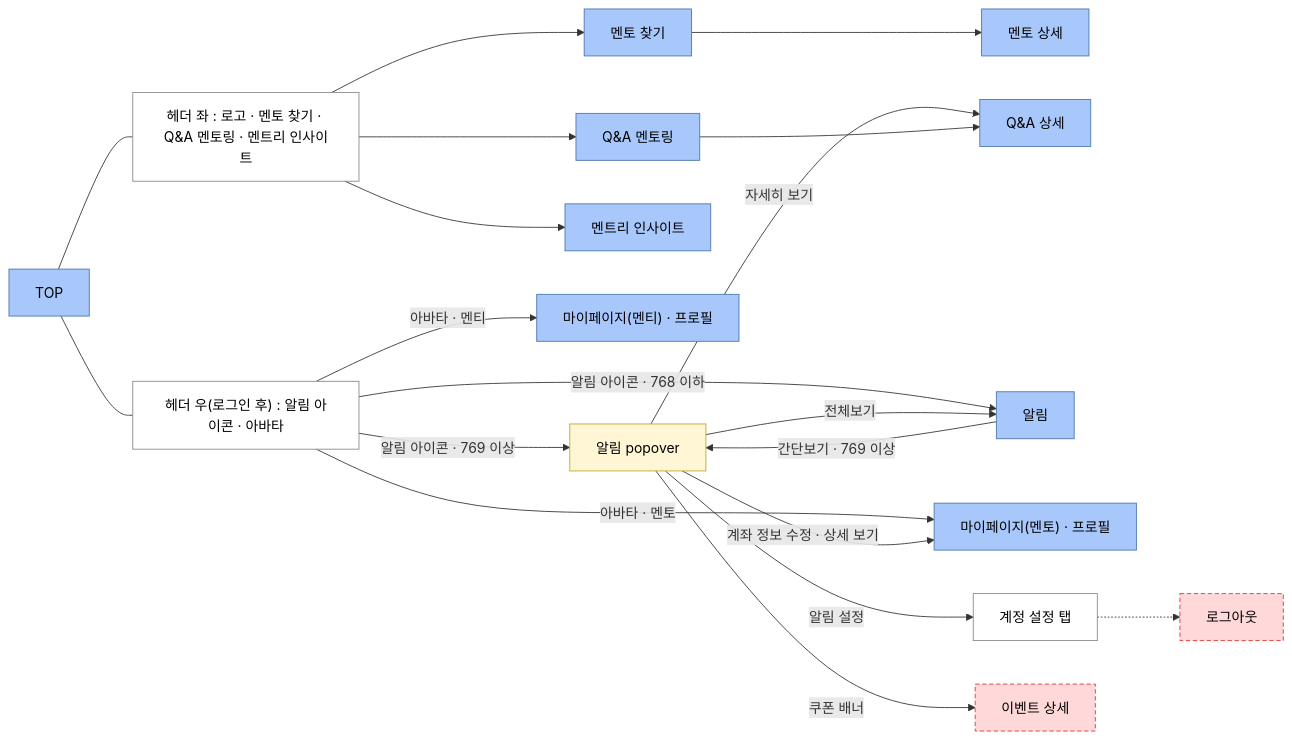
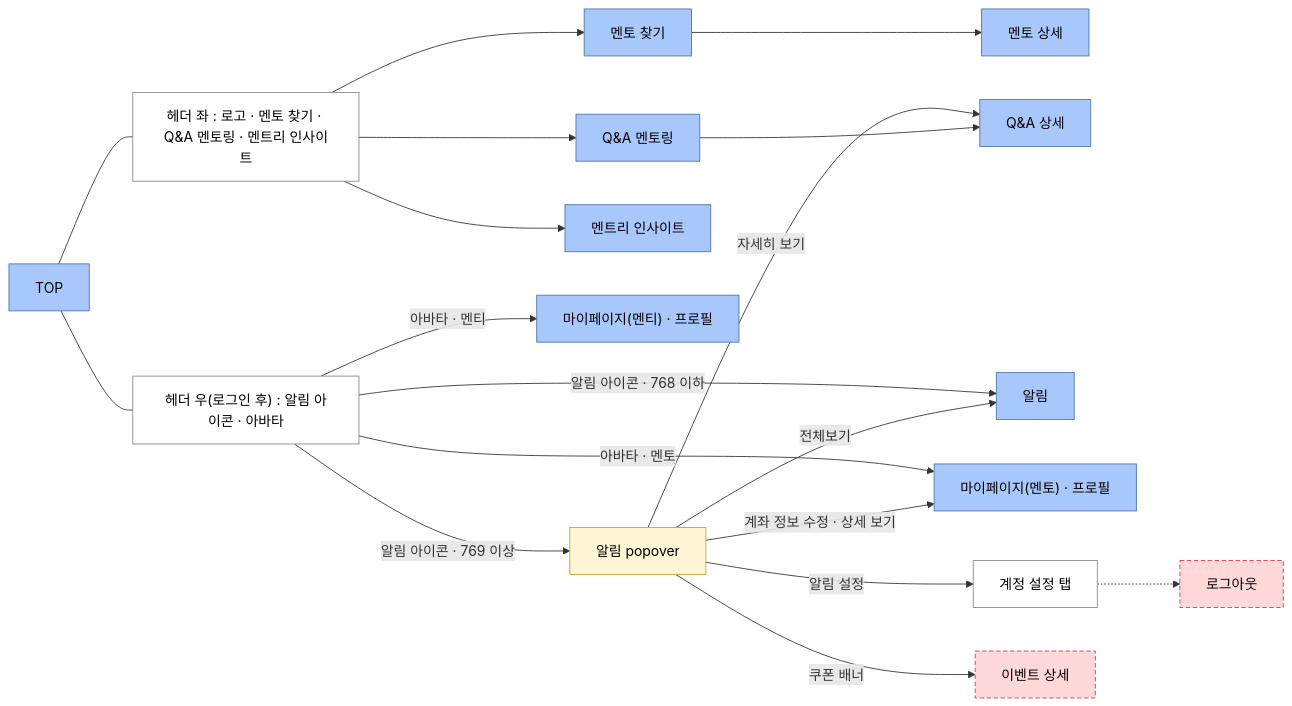
Before and after one commit to jisoo-y-mentree/mentree2-pd-fe: the first of 4 diagrams in design/docs/transition-map.md, drawn with Mermaid. The commit also changed other lines of this file and 15 other files, not shown here.

````diff
--- a/design/docs/transition-map.md
+++ b/design/docs/transition-map.md
@@ -44,46 +44,45 @@
 ```mermaid
 flowchart LR
   top["TOP"]
   find["멘토 찾기"]
   mdet["멘토 상세"]
   qa["Q&A 멘토링"]
   qad["Q&A 상세"]
   ins["멘트리 인사이트"]
   noti["알림"]
   mpe["마이페이지(멘티) · 프로필"]
   mpm["마이페이지(멘토) · 프로필"]
   hdrL["헤더 좌 : 로고 · 멘토 찾기 · Q&A 멘토링 · 멘트리 인사이트"]
   hdrR["헤더 우(로그인 후) : 알림 아이콘 · 아바타"]
   bell["알림 popover"]
   setj["계정 설정 탭"]
   logout["로그아웃"]
   ev["이벤트 상세"]
 
   top --- hdrL
   top --- hdrR
   hdrL --> find
   hdrL --> qa
   hdrL --> ins
   hdrR -->|"알림 아이콘 · 769 이상"| bell
   hdrR -->|"알림 아이콘 · 768 이하"| noti
-  noti -->|"간단보기 · 769 이상"| bell
   hdrR -->|"아바타 · 멘티"| mpe
   hdrR -->|"아바타 · 멘토"| mpm
   bell -->|"전체보기"| noti
   bell -->|"자세히 보기"| qad
   bell -->|"계좌 정보 수정 · 상세 보기"| mpm
   bell -->|"알림 설정"| setj
   bell -->|"쿠폰 배너"| ev
   setj -.-> logout
   find --> mdet
   qa --> qad
 
   classDef s fill:#a8c7fa,stroke:#4a76ad,color:#000
   classDef b fill:#ffffff,stroke:#888888,color:#000
   classDef m fill:#fff6d6,stroke:#c9a227,color:#000
   classDef q fill:#ffd9d9,stroke:#dd3333,stroke-dasharray:5 3,color:#000
   class top,find,mdet,qa,qad,ins,noti,mpe,mpm s
   class hdrL,hdrR,setj b
   class bell m
   class logout,ev q
 ```
````
